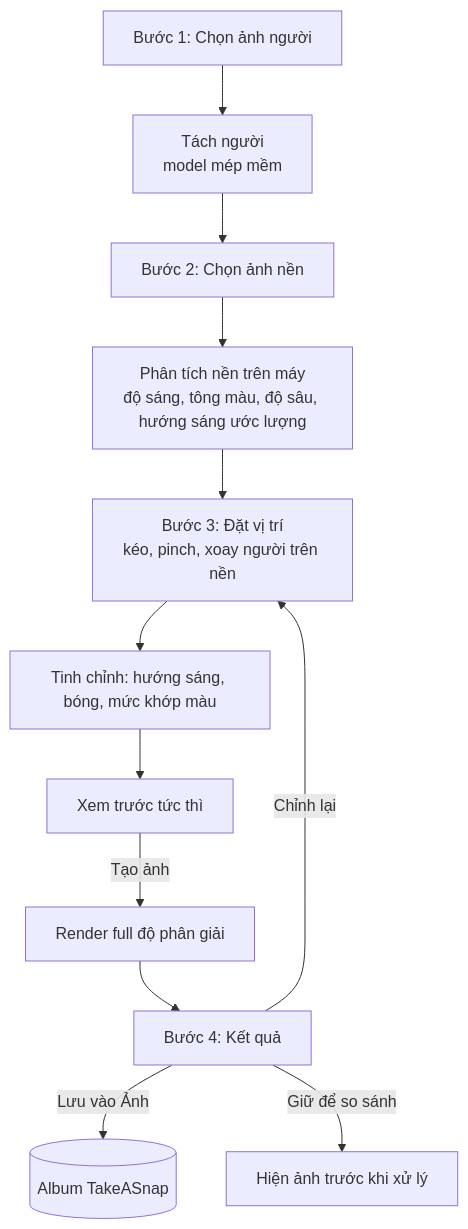
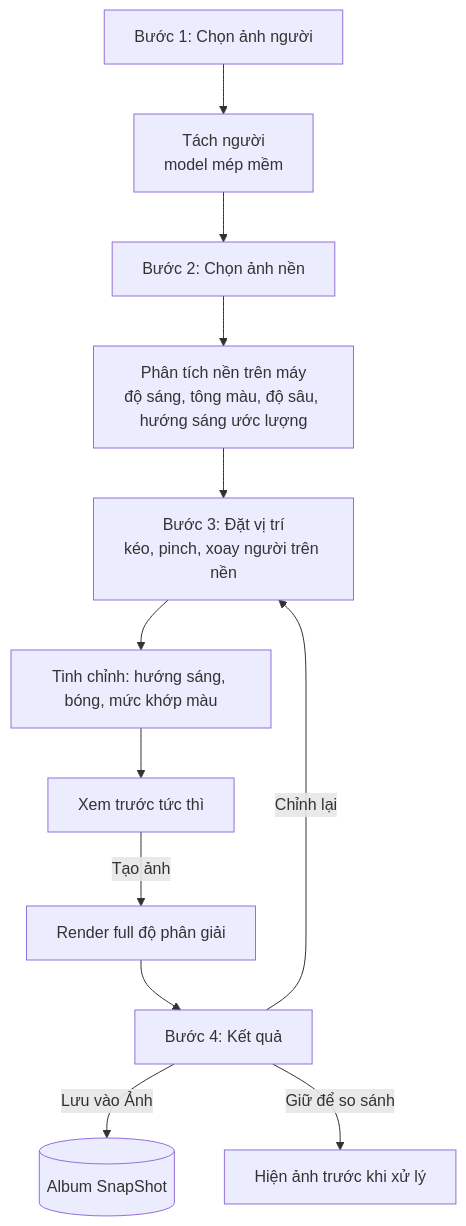
The fourth of 7 diagrams in docs/business-flow.md (tktnq2004/TakeASnap), drawn with Mermaid before and after one commit. The commit also changed other lines of this file and 11 other files, not shown here.

First line of the commit message:
chore: đổi tên app thành SnapShot, chốt zoom thước cuộn, cập nhật README

````diff
--- a/docs/business-flow.md
+++ b/docs/business-flow.md
@@ -233,14 +233,14 @@
 ```mermaid
 flowchart TD
     S1[Bước 1: Chọn ảnh người] --> SEG[Tách người<br/>model mép mềm]
     SEG --> S2[Bước 2: Chọn ảnh nền]
     S2 --> AN[Phân tích nền trên máy<br/>độ sáng, tông màu, độ sâu, hướng sáng ước lượng]
     AN --> S3[Bước 3: Đặt vị trí<br/>kéo, pinch, xoay người trên nền]
     S3 --> ADJ[Tinh chỉnh: hướng sáng, bóng, mức khớp màu]
     ADJ --> PRE[Xem trước tức thì]
     PRE -- "Tạo ảnh" --> OUT[Render full độ phân giải]
     OUT --> S4[Bước 4: Kết quả]
-    S4 -- "Lưu vào Ảnh" --> SAVE[(Album TakeASnap)]
+    S4 -- "Lưu vào Ảnh" --> SAVE[(Album SnapShot)]
     S4 -- "Giữ để so sánh" --> CMP[Hiện ảnh trước khi xử lý]
     S4 -- "Chỉnh lại" --> S3
 ```
````
